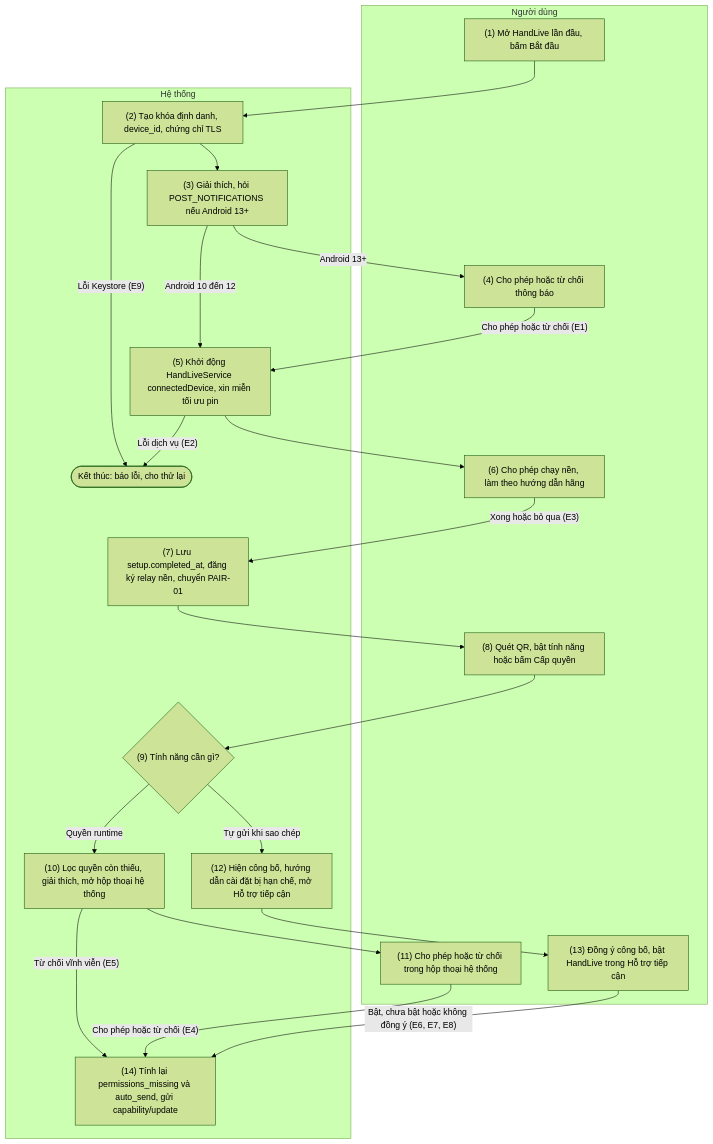
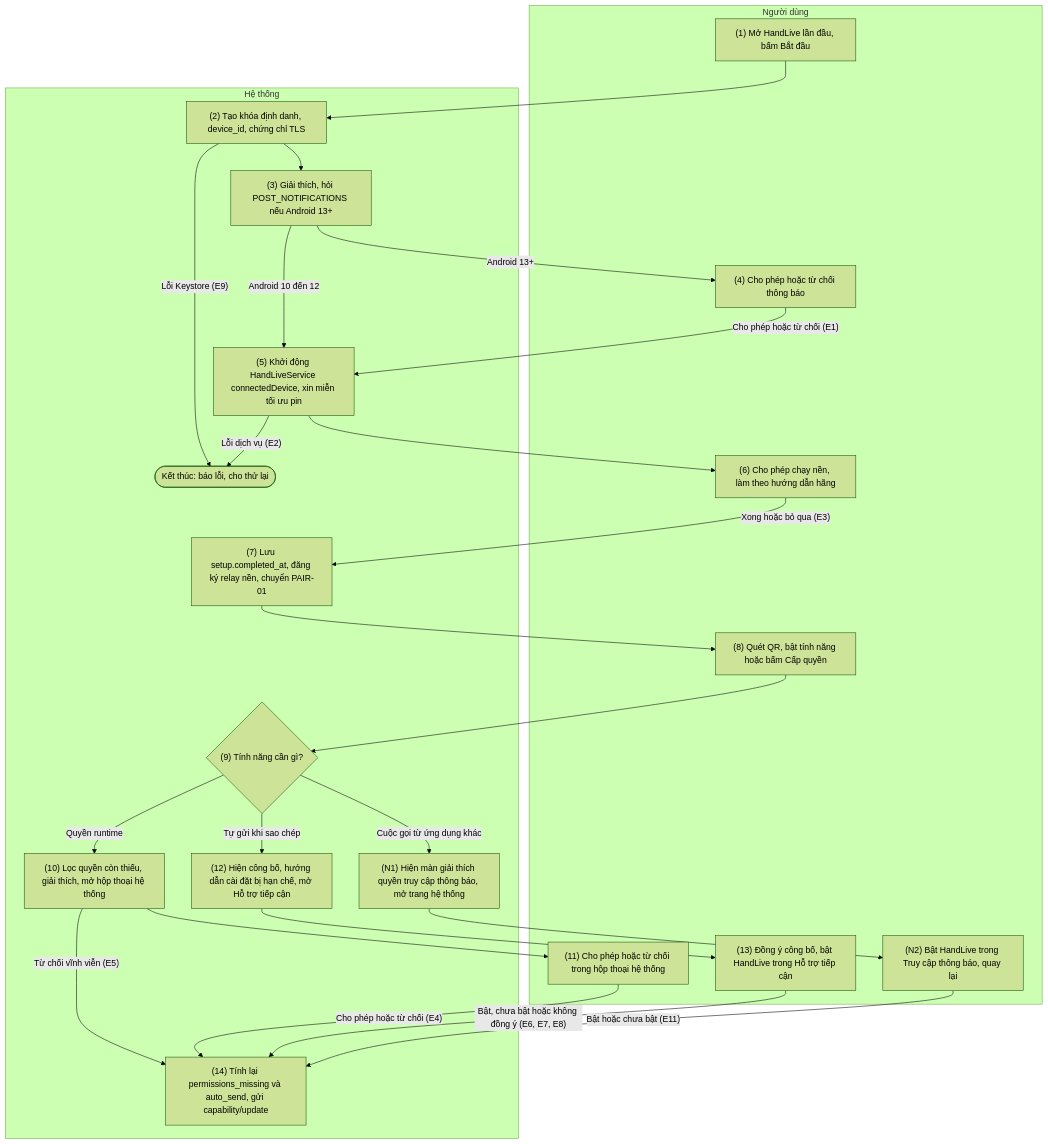
One commit to HandLive/handlive changed the first of 3 diagrams in docs/detailed-design/01-setup-settings.vi.md. Above: the diagram before and after it, drawn with Mermaid (forest theme). The commit also changed other lines of this file and 9 other files, not shown here.

````diff
--- a/docs/detailed-design/01-setup-settings.vi.md
+++ b/docs/detailed-design/01-setup-settings.vi.md
@@ -55,37 +56,41 @@
 ```mermaid
 flowchart TB
   subgraph ND["Người dùng"]
     U1["(1) Mở HandLive lần đầu, bấm Bắt đầu"]
     U4["(4) Cho phép hoặc từ chối thông báo"]
     U6["(6) Cho phép chạy nền, làm theo hướng dẫn hãng"]
     U8["(8) Quét QR, bật tính năng hoặc bấm Cấp quyền"]
     U11["(11) Cho phép hoặc từ chối trong hộp thoại hệ thống"]
     U13["(13) Đồng ý công bố, bật HandLive trong Hỗ trợ tiếp cận"]
+    UN2["(N2) Bật HandLive trong Truy cập thông báo, quay lại"]
   end
   subgraph HT["Hệ thống"]
     S2["(2) Tạo khóa định danh, device_id, chứng chỉ TLS"]
     S3["(3) Giải thích, hỏi POST_NOTIFICATIONS nếu Android 13+"]
     S5["(5) Khởi động HandLiveService connectedDevice, xin miễn tối ưu pin"]
     S7["(7) Lưu setup.completed_at, đăng ký relay nền, chuyển PAIR-01"]
     D9{"(9) Tính năng cần gì?"}
     S10["(10) Lọc quyền còn thiếu, giải thích, mở hộp thoại hệ thống"]
     S12["(12) Hiện công bố, hướng dẫn cài đặt bị hạn chế, mở Hỗ trợ tiếp cận"]
     S14["(14) Tính lại permissions_missing và auto_send, gửi capability/update"]
+    SN1["(N1) Hiện màn giải thích quyền truy cập thông báo, mở trang hệ thống"]
     X1(["Kết thúc: báo lỗi, cho thử lại"])
   end
   U1 --> S2
   S2 -- "Lỗi Keystore (E9)" --> X1
   S2 --> S3
   S3 -- "Android 13+" --> U4
   S3 -- "Android 10 đến 12" --> S5
   U4 -- "Cho phép hoặc từ chối (E1)" --> S5
   S5 -- "Lỗi dịch vụ (E2)" --> X1
   S5 --> U6
   U6 -- "Xong hoặc bỏ qua (E3)" --> S7
   S7 --> U8 --> D9
   D9 -- "Quyền runtime" --> S10 --> U11
   S10 -- "Từ chối vĩnh viễn (E5)" --> S14
   U11 -- "Cho phép hoặc từ chối (E4)" --> S14
   D9 -- "Tự gửi khi sao chép" --> S12 --> U13
   U13 -- "Bật, chưa bật hoặc không đồng ý (E6, E7, E8)" --> S14
+  D9 -- "Cuộc gọi từ ứng dụng khác" --> SN1 --> UN2
+  UN2 -- "Bật hoặc chưa bật (E11)" --> S14
 ```
````
